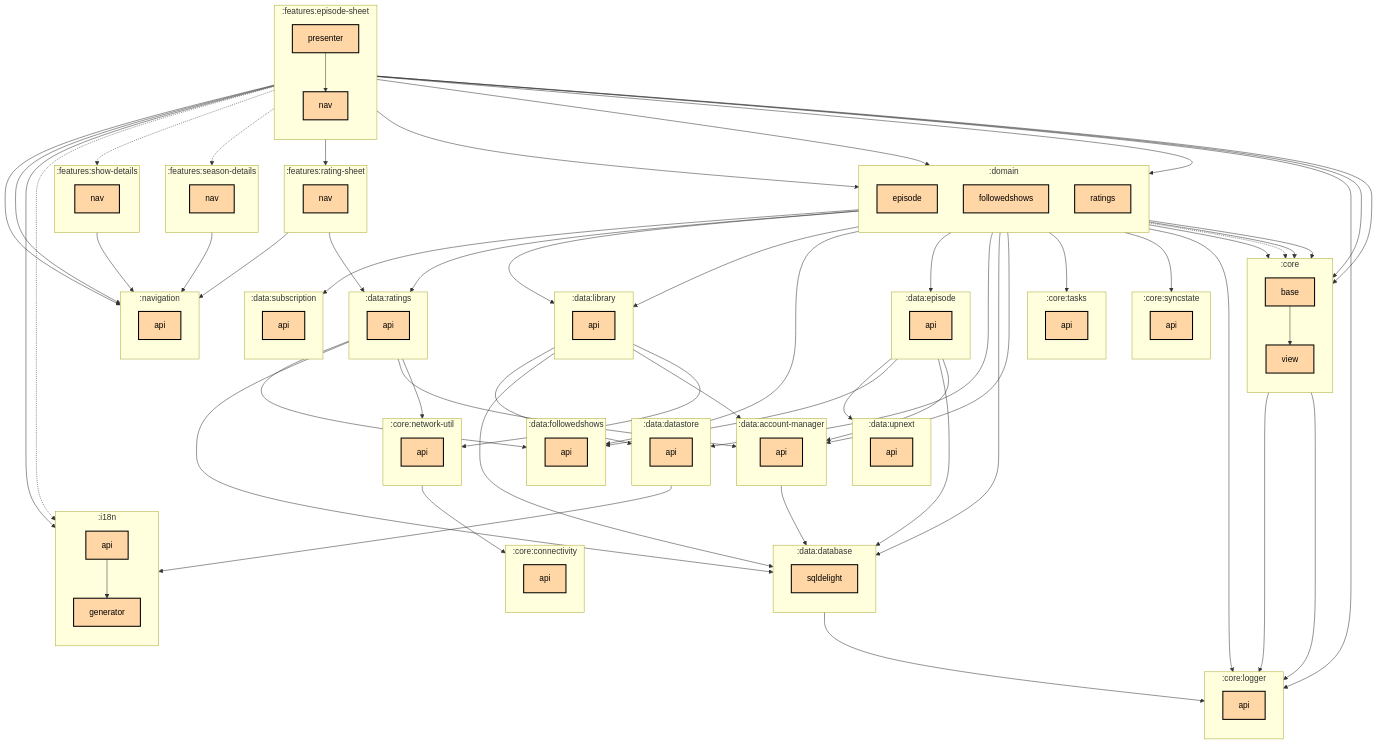
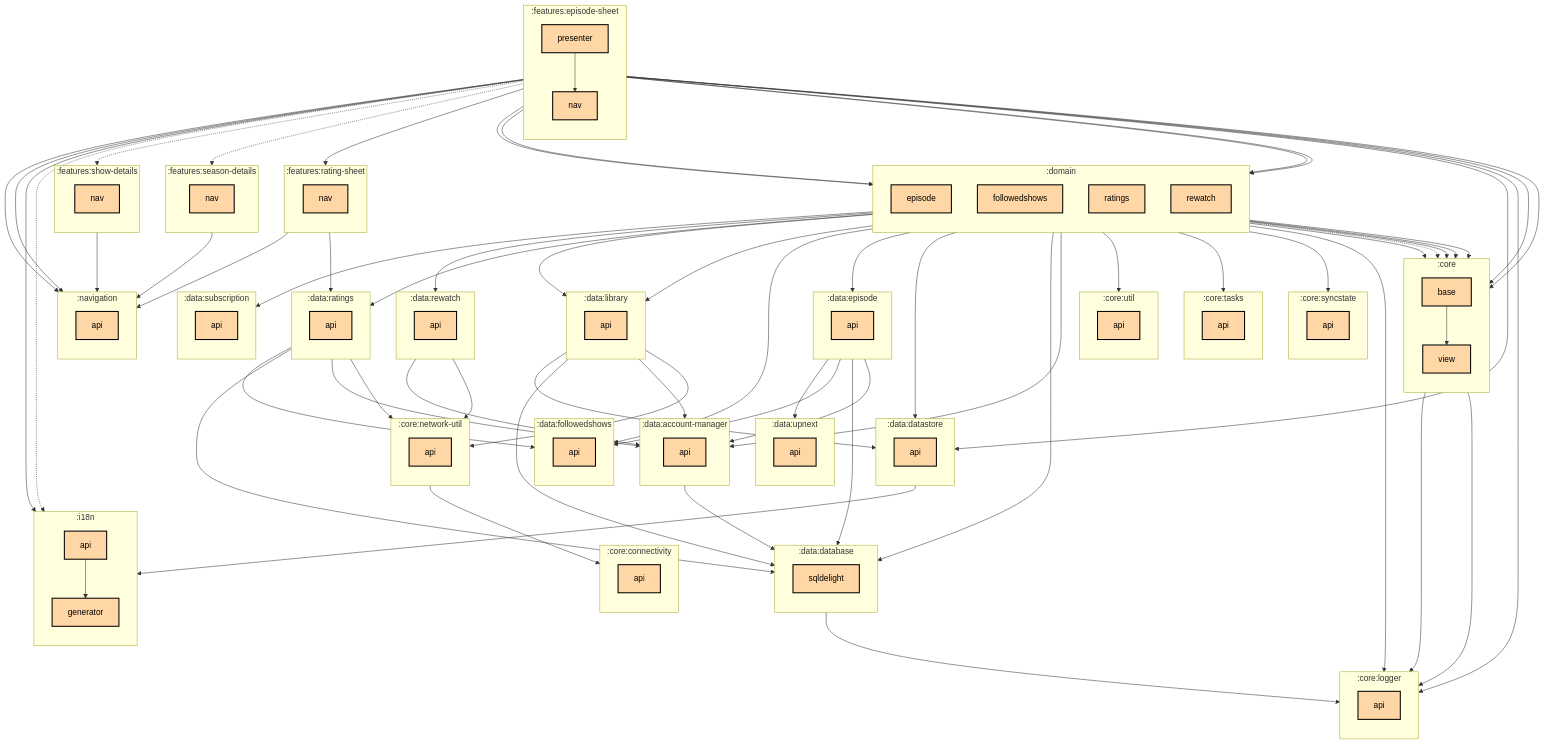
Before and after one commit to thomaskioko/tv-maniac: the first of 2 diagrams in features/episode-sheet/presenter/README.md, drawn with Mermaid. The commit also changed 3 other files, not shown here.

Commit message:
Regenerate the module graphs for the episode sheet rewatch edge

```diff
--- a/features/episode-sheet/presenter/README.md
+++ b/features/episode-sheet/presenter/README.md
@@ -29,6 +29,10 @@
   subgraph :core:tasks
     direction TB
     :core:tasks:api[api]:::multiplatform
+  end
+  subgraph :core:util
+    direction TB
+    :core:util:api[api]:::multiplatform
   end
   subgraph :data:account-manager
     direction TB
@@ -58,6 +62,10 @@
     direction TB
     :data:ratings:api[api]:::multiplatform
   end
+  subgraph :data:rewatch
+    direction TB
+    :data:rewatch:api[api]:::multiplatform
+  end
   subgraph :data:subscription
     direction TB
     :data:subscription:api[api]:::multiplatform
@@ -71,6 +79,7 @@
     :domain:episode[episode]:::multiplatform
     :domain:followedshows[followedshows]:::multiplatform
     :domain:ratings[ratings]:::multiplatform
+    :domain:rewatch[rewatch]:::multiplatform
   end
   subgraph :features:episode-sheet
     direction TB
@@ -118,6 +127,8 @@
   :data:ratings:api --> :data:account-manager:api
   :data:ratings:api --> :data:database:sqldelight
   :data:ratings:api --> :data:followedshows:api
+  :data:rewatch:api --> :core:network-util:api
+  :data:rewatch:api --> :data:account-manager:api
   :domain:episode --> :core:base
   :domain:episode --> :core:logger:api
   :domain:episode --> :core:syncstate:api
@@ -134,13 +145,18 @@
   :domain:ratings --> :data:datastore:api
   :domain:ratings --> :data:ratings:api
   :domain:ratings --> :data:subscription:api
+  :domain:rewatch --> :core:base
+  :domain:rewatch --> :core:util:api
+  :domain:rewatch --> :data:rewatch:api
   :features:episode-sheet:nav --> :navigation:api
   :features:episode-sheet:presenter --> :core:base
   :features:episode-sheet:presenter --> :core:logger:api
   :features:episode-sheet:presenter --> :core:view
+  :features:episode-sheet:presenter --> :data:datastore:api
   :features:episode-sheet:presenter --> :domain:episode
   :features:episode-sheet:presenter --> :domain:followedshows
   :features:episode-sheet:presenter --> :domain:ratings
+  :features:episode-sheet:presenter --> :domain:rewatch
   :features:episode-sheet:presenter --> :features:episode-sheet:nav
   :features:episode-sheet:presenter --> :features:rating-sheet:nav
   :features:episode-sheet:presenter -.-> :features:season-details:nav
```
